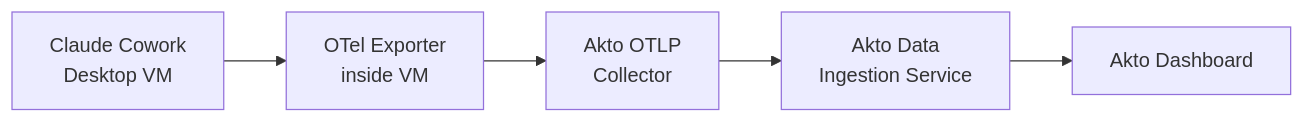
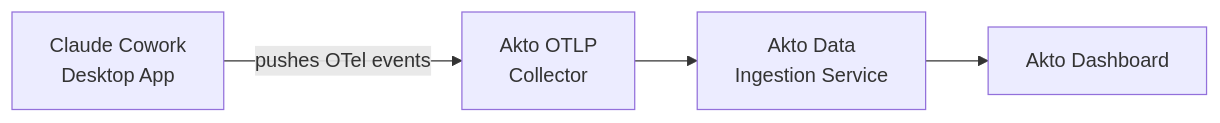
One commit to akto-api-security/Documentation changed the diagram in akto-atlas-agentic-ai-security-for-employee-endpoints/endpoints-discovery-agents/claude-cowork-connector.md. Above: the diagram before and after it, drawn with Mermaid.

Commit message:
fixes in the diagram of claude cowork

````diff
--- a/akto-atlas-agentic-ai-security-for-employee-endpoints/endpoints-discovery-agents/claude-cowork-connector.md
+++ b/akto-atlas-agentic-ai-security-for-employee-endpoints/endpoints-discovery-agents/claude-cowork-connector.md
@@ -19,7 +19,6 @@
 ```mermaid
 flowchart LR
-    A[Claude Cowork\nDesktop VM] --> B[OTel Exporter\ninside VM]
-    B --> C[Akto OTLP\nCollector]
-    C --> D[Akto Data\nIngestion Service]
-    D --> E[Akto Dashboard]
+    A[Claude Cowork\nDesktop App] -->|pushes OTel events| B[Akto OTLP\nCollector]
+    B --> C[Akto Data\nIngestion Service]
+    C --> D[Akto Dashboard]
 ```
````
